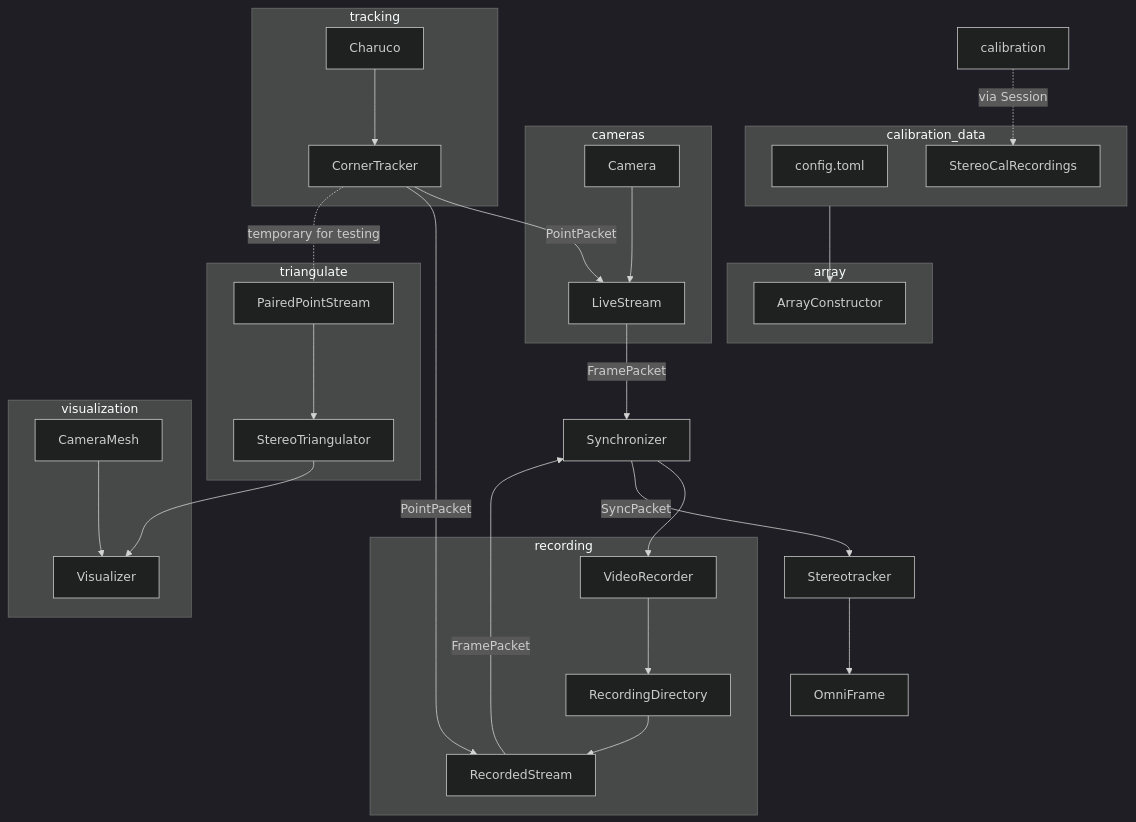
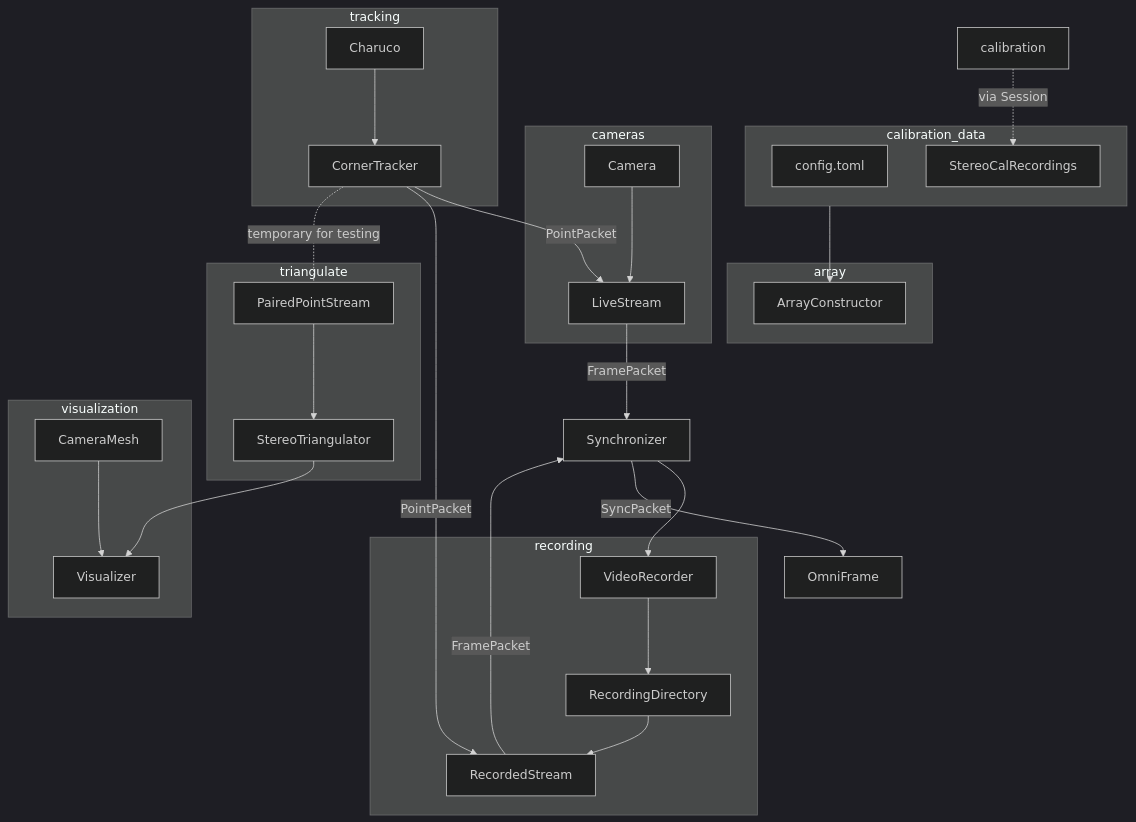
Before and after one commit to mprib/caliscope: the diagram in README.md, drawn with Mermaid (dark theme). The commit also changed 1 other file, not shown here.

Commit message:
removing stereotracker from workflow

````diff
--- a/README.md
+++ b/README.md
@@ -7,54 +7,52 @@
 ```mermaid
 graph TD
 
 
 LiveStream --FramePacket--> Synchronizer
 RecordedStream --FramePacket--> Synchronizer
 Synchronizer --> VideoRecorder
 
 subgraph cameras
 Camera --> LiveStream
 end
 subgraph tracking
 Charuco --> CornerTracker
 CornerTracker --PointPacket--> LiveStream
 end
 
 subgraph recording
 VideoRecorder --> RecordingDirectory
 RecordingDirectory --> RecordedStream
 end
 
-Synchronizer --SyncPacket--> Stereotracker
-
-Stereotracker --> OmniFrame
+Synchronizer --SyncPacket-->  OmniFrame
 
 
 subgraph calibration_data
 config.toml
 StereoCalRecordings
 end
 
 CornerTracker --PointPacket--> RecordedStream
 
 calibration -.via Session.-> StereoCalRecordings
 calibration_data --> ArrayConstructor
 
 subgraph array
 ArrayConstructor
 end
 
 
 
 CornerTracker -.temporary for testing.- PairedPointStream
 
 subgraph triangulate
 PairedPointStream --> StereoTriangulator
 end
 
 subgraph visualization
 CameraMesh --> Visualizer
 StereoTriangulator --> Visualizer
 end
 
 ```
````
